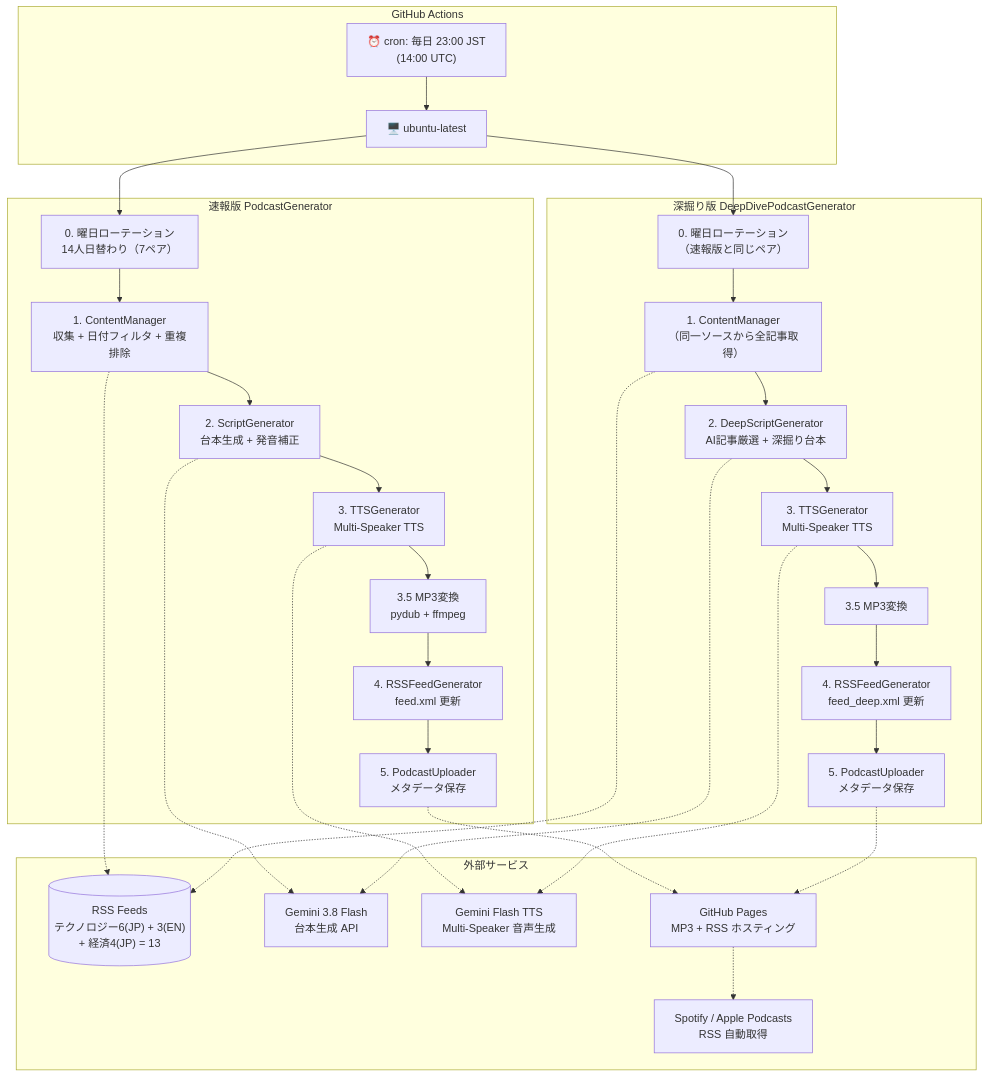
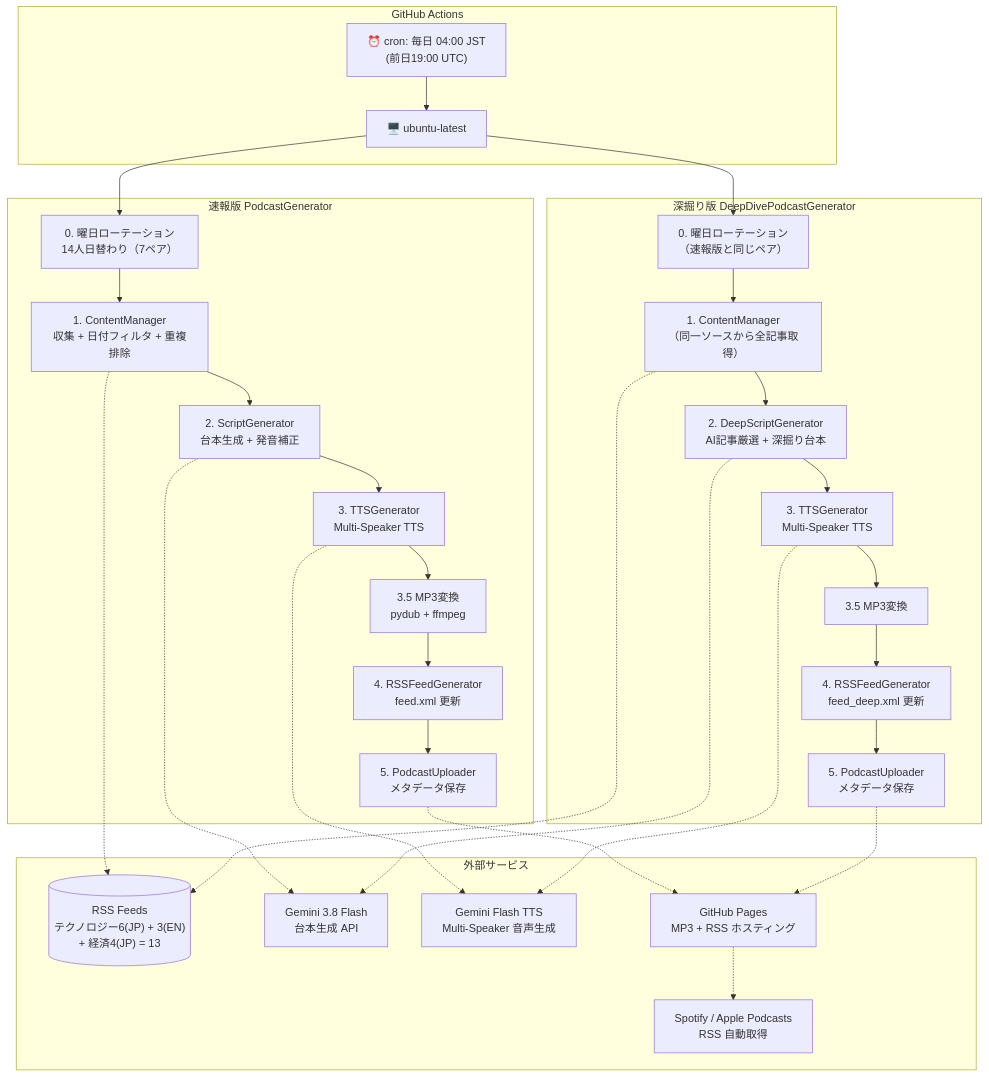
The first of 4 diagrams in docs/HLD.md (necoha/auto-podcast), drawn with Mermaid before and after one commit. The commit also changed other lines of this file and 5 other files, not shown here.

````diff
--- a/docs/HLD.md
+++ b/docs/HLD.md
@@ -10,52 +10,52 @@
 ```mermaid
 flowchart TD
     subgraph CI["GitHub Actions"]
-        Cron["⏰ cron: 毎日 23:00 JST<br/>(14:00 UTC)"]
+        Cron["⏰ cron: 毎日 04:00 JST<br/>(前日19:00 UTC)"]
         Runner["🖥️ ubuntu-latest"]
     end
 
     subgraph Speed["速報版 PodcastGenerator"]
         ROT["0. 曜日ローテーション<br/>14人日替わり（7ペア）"]
         CM["1. ContentManager<br/>収集 + 日付フィルタ + 重複排除"]
         SG["2. ScriptGenerator<br/>台本生成 + 発音補正"]
         TTS["3. TTSGenerator<br/>Multi-Speaker TTS"]
         MP3["3.5 MP3変換<br/>pydub + ffmpeg"]
         RGEN["4. RSSFeedGenerator<br/>feed.xml 更新"]
         UP["5. PodcastUploader<br/>メタデータ保存"]
     end
 
     subgraph Deep["深掘り版 DeepDivePodcastGenerator"]
         ROT2["0. 曜日ローテーション<br/>（速報版と同じペア）"]
         CM2["1. ContentManager<br/>（同一ソースから全記事取得）"]
         DSG["2. DeepScriptGenerator<br/>AI記事厳選 + 深掘り台本"]
         TTS2["3. TTSGenerator<br/>Multi-Speaker TTS"]
         MP3_2["3.5 MP3変換"]
         RGEN2["4. RSSFeedGenerator<br/>feed_deep.xml 更新"]
         UP2["5. PodcastUploader<br/>メタデータ保存"]
     end
 
     subgraph External["外部サービス"]
         RSS[("RSS Feeds<br/>テクノロジー6(JP) + 3(EN)<br/>+ 経済4(JP) = 13")]
         GeminiLLM["Gemini 3.8 Flash<br/>台本生成 API"]
         GeminiTTS["Gemini Flash TTS<br/>Multi-Speaker 音声生成"]
         GHP["GitHub Pages<br/>MP3 + RSS ホスティング"]
         Spotify["Spotify / Apple Podcasts<br/>RSS 自動取得"]
     end
 
     Cron --> Runner
     Runner --> ROT --> CM
     CM --> SG --> TTS --> MP3 --> RGEN --> UP
 
     Runner --> ROT2 --> CM2
     CM2 --> DSG --> TTS2 --> MP3_2 --> RGEN2 --> UP2
 
     CM -.-> RSS
     CM2 -.-> RSS
     SG -.-> GeminiLLM
     DSG -.-> GeminiLLM
     TTS -.-> GeminiTTS
     TTS2 -.-> GeminiTTS
     UP -.-> GHP
     UP2 -.-> GHP
     GHP -.-> Spotify
 ```
````
